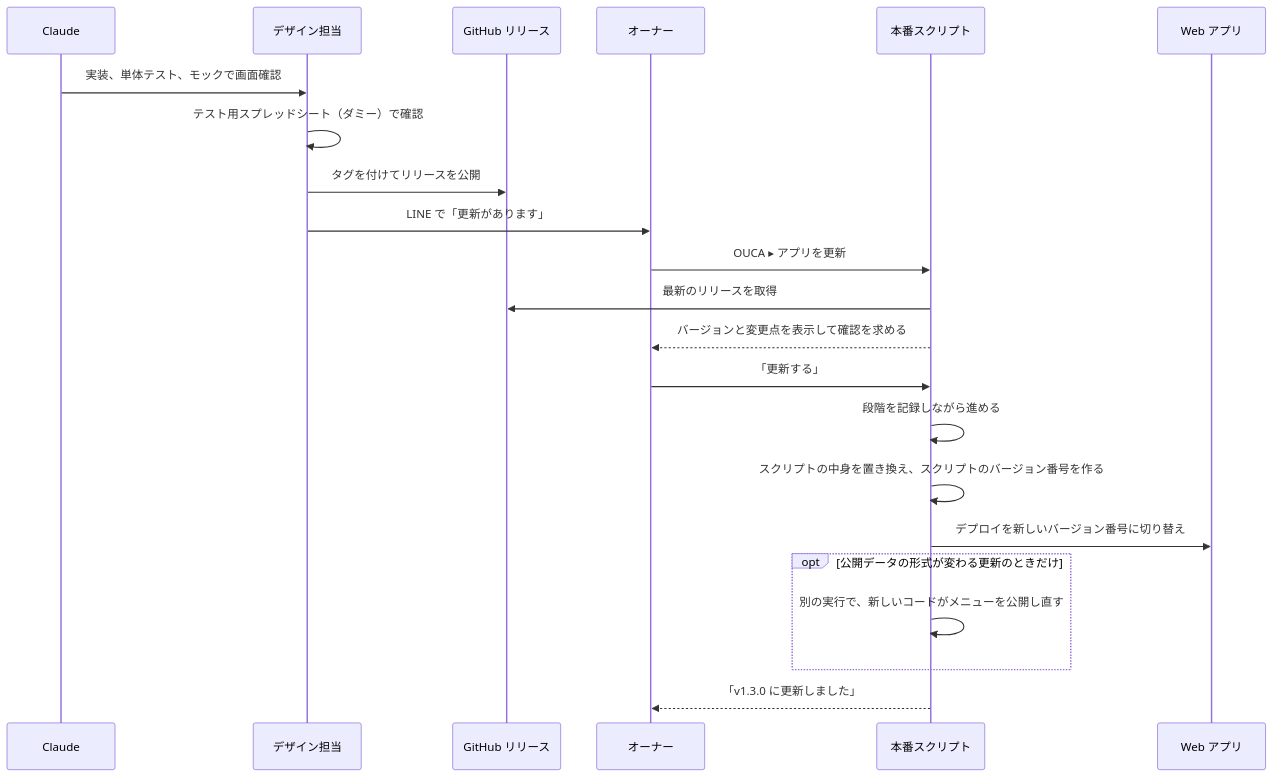
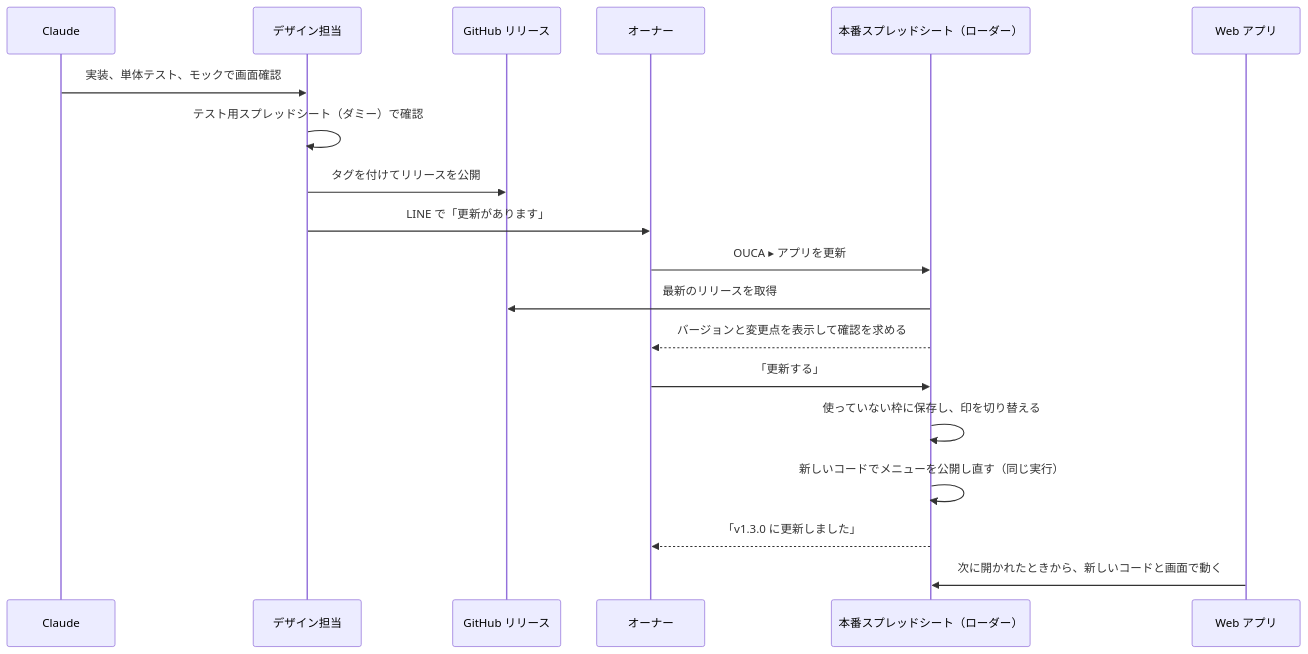
Before and after one commit to yuk-wq/ouca: the second of 2 diagrams in docs/to-be/delivery-flow.md, drawn with Mermaid. The commit also changed other lines of this file and 1 other file, not shown here.

````diff
--- a/docs/to-be/delivery-flow.md
+++ b/docs/to-be/delivery-flow.md
@@ -77,24 +85,21 @@
 ```mermaid
 sequenceDiagram
   participant C as Claude
   participant D as デザイン担当
   participant R as GitHub リリース
   participant O as オーナー
-  participant S as 本番スクリプト
+  participant S as 本番スプレッドシート（ローダー）
   participant W as Web アプリ
   C->>D: 実装、単体テスト、モックで画面確認
   D->>D: テスト用スプレッドシート（ダミー）で確認
   D->>R: タグを付けてリリースを公開
   D->>O: LINE で「更新があります」
   O->>S: OUCA ▸ アプリを更新
   S->>R: 最新のリリースを取得
   S-->>O: バージョンと変更点を表示して確認を求める
   O->>S: 「更新する」
-  S->>S: 段階を記録しながら進める
-  S->>S: スクリプトの中身を置き換え、スクリプトのバージョン番号を作る
-  S->>W: デプロイを新しいバージョン番号に切り替え
-  opt 公開データの形式が変わる更新のときだけ
-    S->>S: 別の実行で、新しいコードがメニューを公開し直す
-  end
+  S->>S: 使っていない枠に保存し、印を切り替える
+  S->>S: 新しいコードでメニューを公開し直す（同じ実行）
   S-->>O: 「v1.3.0 に更新しました」
+  W->>S: 次に開かれたときから、新しいコードと画面で動く
 ```
````
